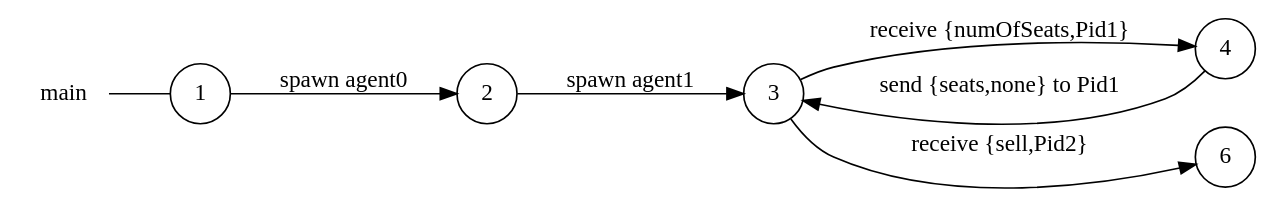
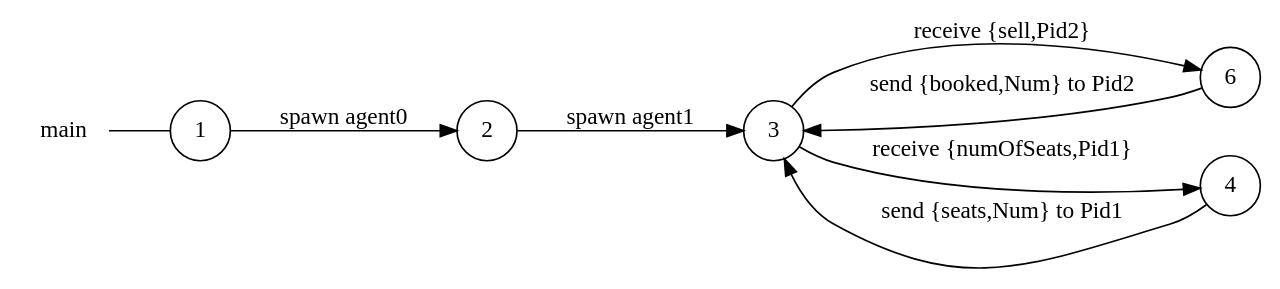
The diagram in examples/airline/main_local_view.dot (gabrielegenovese/chorer), drawn with Graphviz before and after one commit. The commit also changed 12 other files, not shown here.

```diff
--- a/examples/airline/main_local_view.dot
+++ b/examples/airline/main_local_view.dot
@@ -1,16 +1,17 @@
 digraph main {
 	rankdir="LR";
 	n_0 [label="main", shape="plaintext"];
 	n_1 [id="6", shape=circle, label="6"];
 	n_2 [id="1", shape=circle, label="1"];
 	n_0 -> n_2 [arrowhead=none];
 	n_3 [id="2", shape=circle, label="2"];
 	n_4 [id="4", shape=circle, label="4"];
 	n_5 [id="3", shape=circle, label="3"];
 
+	n_3 -> n_5 [id="[$e|0]", label="spawn agent1"];
+	n_1 -> n_5 [id="[$e|12]", label="send {booked,Num} to Pid2"];
 	n_5 -> n_4 [id="[$e|1]", label="receive {numOfSeats,Pid1}"];
-	n_2 -> n_3 [id="[$e|5]", label="spawn agent0"];
-	n_3 -> n_5 [id="[$e|0]", label="spawn agent1"];
-	n_4 -> n_5 [id="[$e|11]", label="send {seats,none} to Pid1"];
-	n_5 -> n_1 [id="[$e|4]", label="receive {sell,Pid2}"];
+	n_2 -> n_3 [id="[$e|7]", label="spawn agent0"];
+	n_4 -> n_5 [id="[$e|11]", label="send {seats,Num} to Pid1"];
+	n_5 -> n_1 [id="[$e|6]", label="receive {sell,Pid2}"];
 }
```
